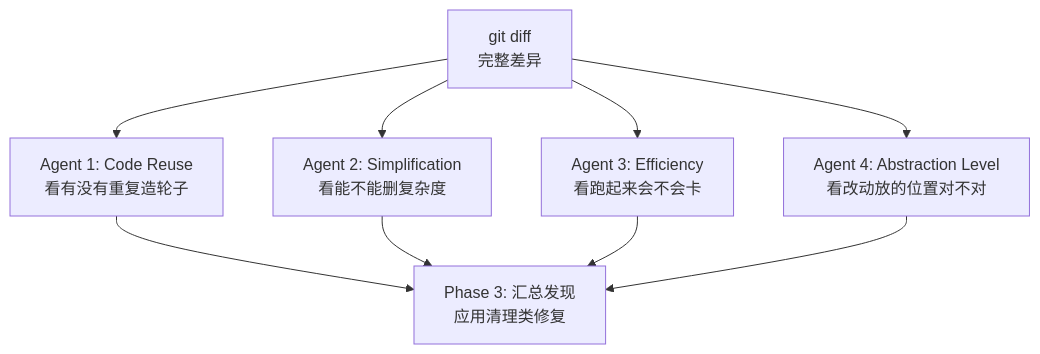
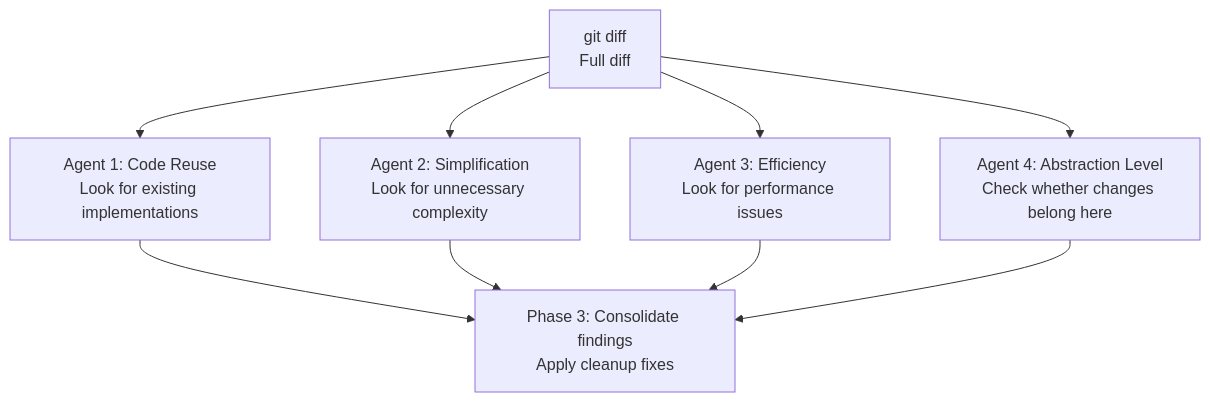
Before and after one commit to m3h3d1/JavaGuideEn: the diagram in docs/ai-coding/practices/claudecode-commands.md, drawn with Mermaid. The commit also changed other lines of this file and 108 other files, not shown here.

````diff
--- a/docs/ai-coding/practices/claudecode-commands.md
+++ b/docs/ai-coding/practices/claudecode-commands.md
@@ -39,11 +39,11 @@
 ```mermaid
 flowchart TB
-    Diff["git diff<br/>完整差异"] --> A1["Agent 1: Code Reuse<br/>看有没有重复造轮子"]
-    Diff --> A2["Agent 2: Simplification<br/>看能不能删复杂度"]
-    Diff --> A3["Agent 3: Efficiency<br/>看跑起来会不会卡"]
-    Diff --> A4["Agent 4: Abstraction Level<br/>看改动放的位置对不对"]
-    A1 --> Fix["Phase 3: 汇总发现<br/>应用清理类修复"]
+    Diff["git diff<br/>Full diff"] --> A1["Agent 1: Code Reuse<br/>Look for existing implementations"]
+    Diff --> A2["Agent 2: Simplification<br/>Look for unnecessary complexity"]
+    Diff --> A3["Agent 3: Efficiency<br/>Look for performance issues"]
+    Diff --> A4["Agent 4: Abstraction Level<br/>Check whether changes belong here"]
+    A1 --> Fix["Phase 3: Consolidate findings<br/>Apply cleanup fixes"]
     A2 --> Fix
     A3 --> Fix
     A4 --> Fix
 ```
````
